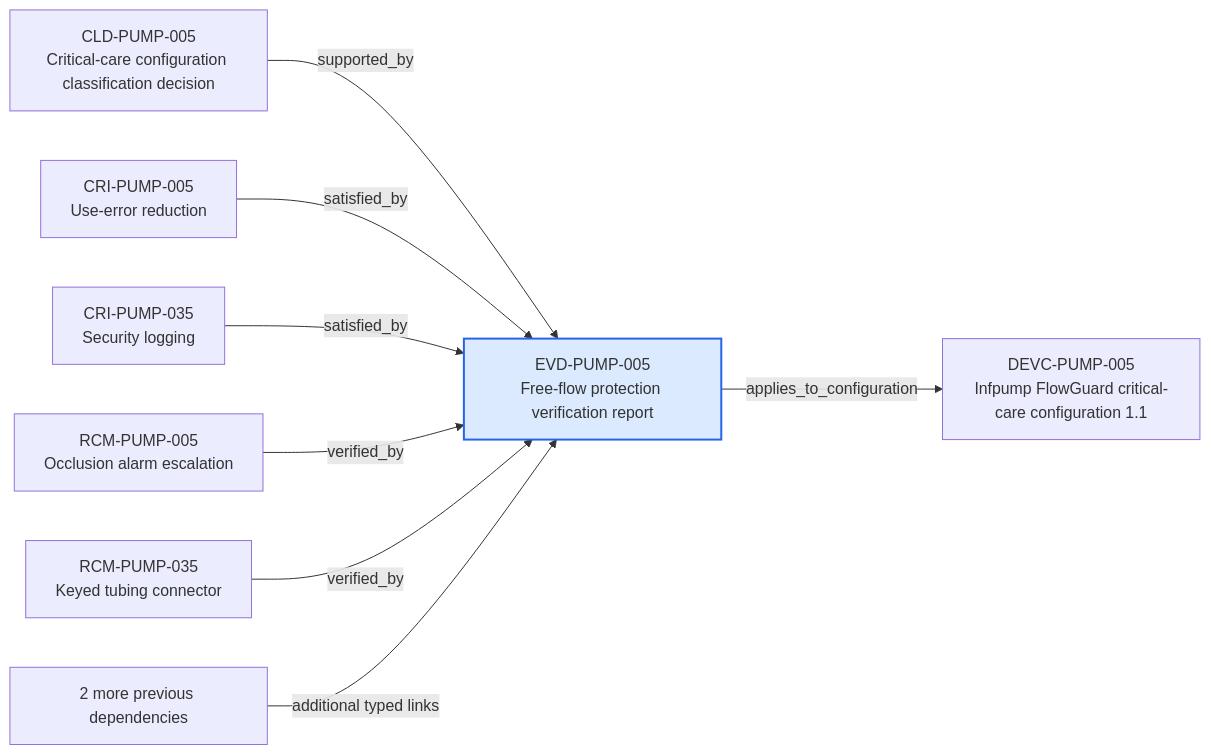
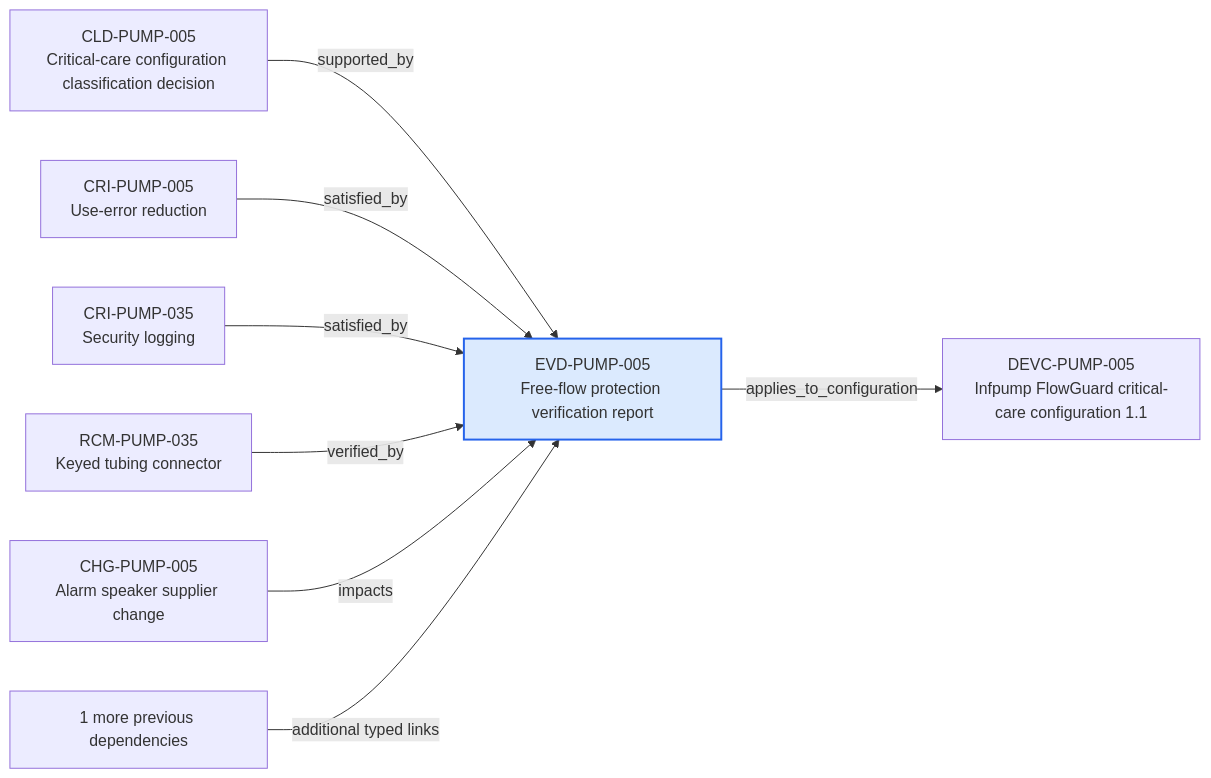
Before and after one commit to mvattulainen/mdrontology: the diagram in content/06-Infpump FlowGuard ontology notes/verification-evidence/EVD-PUMP-005-free-flow-protection-verification-report.md, drawn with Mermaid. The commit also changed other lines of this file and 321 other files, not shown here.

Commit message:
Implement Mermaid ontology audit findings

````diff
--- a/content/06-Infpump FlowGuard ontology notes/verification-evidence/EVD-PUMP-005-free-flow-protection-verification-report.md
+++ b/content/06-Infpump FlowGuard ontology notes/verification-evidence/EVD-PUMP-005-free-flow-protection-verification-report.md
@@ -73,20 +73,20 @@
 ```mermaid
 flowchart LR
   CURRENT["EVD-PUMP-005<br/>Free-flow protection verification report"]
   PREV0["CLD-PUMP-005<br/>Critical-care configuration classification decision"]
   PREV0 -->|"supported_by"| CURRENT
   PREV1["CRI-PUMP-005<br/>Use-error reduction"]
   PREV1 -->|"satisfied_by"| CURRENT
   PREV2["CRI-PUMP-035<br/>Security logging"]
   PREV2 -->|"satisfied_by"| CURRENT
-  PREV3["RCM-PUMP-005<br/>Occlusion alarm escalation"]
+  PREV3["RCM-PUMP-035<br/>Keyed tubing connector"]
   PREV3 -->|"verified_by"| CURRENT
-  PREV4["RCM-PUMP-035<br/>Keyed tubing connector"]
-  PREV4 -->|"verified_by"| CURRENT
-  PREV_MORE["2 more previous dependencies"]
+  PREV4["CHG-PUMP-005<br/>Alarm speaker supplier change"]
+  PREV4 -->|"impacts"| CURRENT
+  PREV_MORE["1 more previous dependencies"]
   PREV_MORE -->|"additional typed links"| CURRENT
   NEXT0["DEVC-PUMP-005<br/>Infpump FlowGuard critical-care configuration 1.1"]
   CURRENT -->|"applies_to_configuration"| NEXT0
   classDef current fill:#dbeafe,stroke:#2563eb,stroke-width:2px
   class CURRENT current
 ```
````
